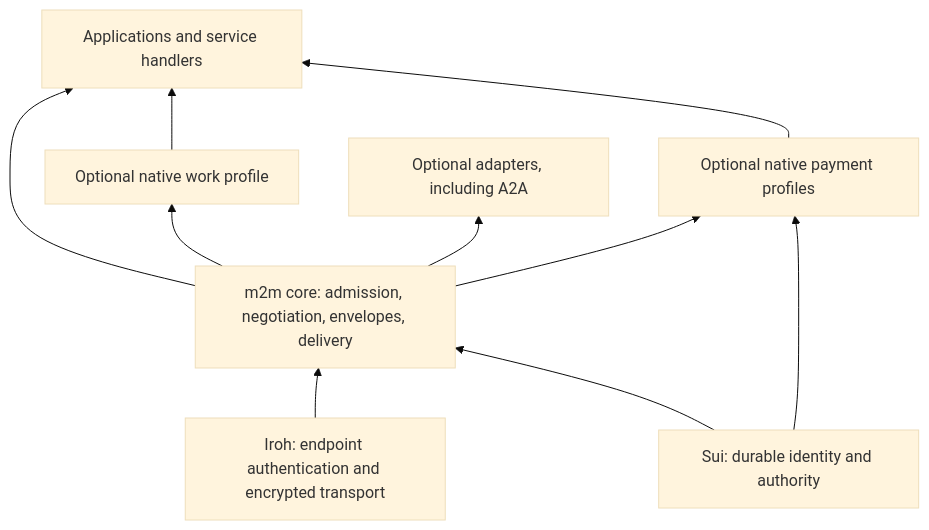
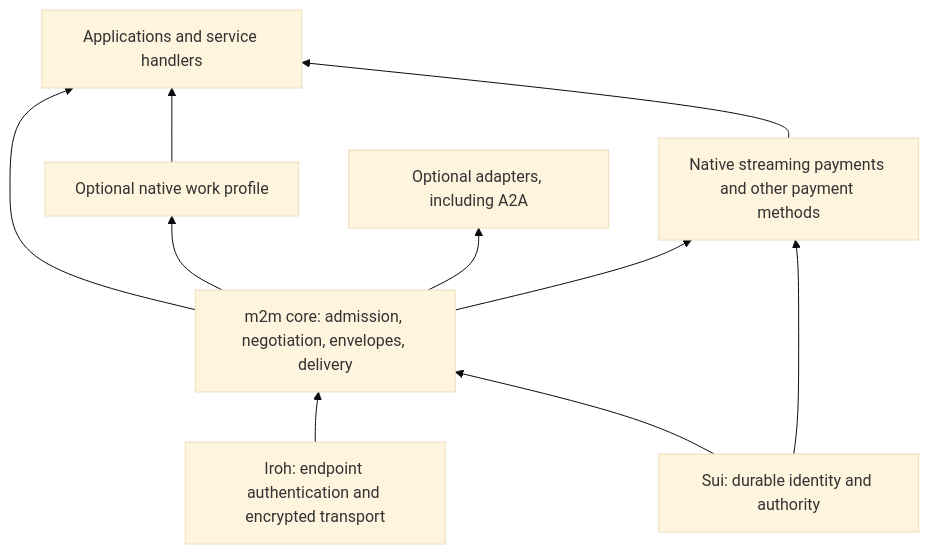
One commit to unconfirmedlabs/m2m changed the diagram in docs/FOUNDATION_PLAN.md. Above: the diagram before and after it, drawn with Mermaid (base theme). The commit also changed other lines of this file and 7 other files, not shown here.

Commit message:
Record native streaming payments and proposed extension boundary

````diff
--- a/docs/FOUNDATION_PLAN.md
+++ b/docs/FOUNDATION_PLAN.md
@@ -95,12 +102,12 @@
 ```mermaid
 flowchart BT
     I[Iroh: endpoint authentication and encrypted transport] --> C[m2m core: admission, negotiation, envelopes, delivery]
     S[Sui: durable identity and authority] --> C
     C --> A[Applications and service handlers]
     C --> W[Optional native work profile]
-    C --> P[Optional native payment profiles]
+    C --> P[Native streaming payments and other payment methods]
     S --> P
     W --> A
     P --> A
     C --> X[Optional adapters, including A2A]
 ```
````
